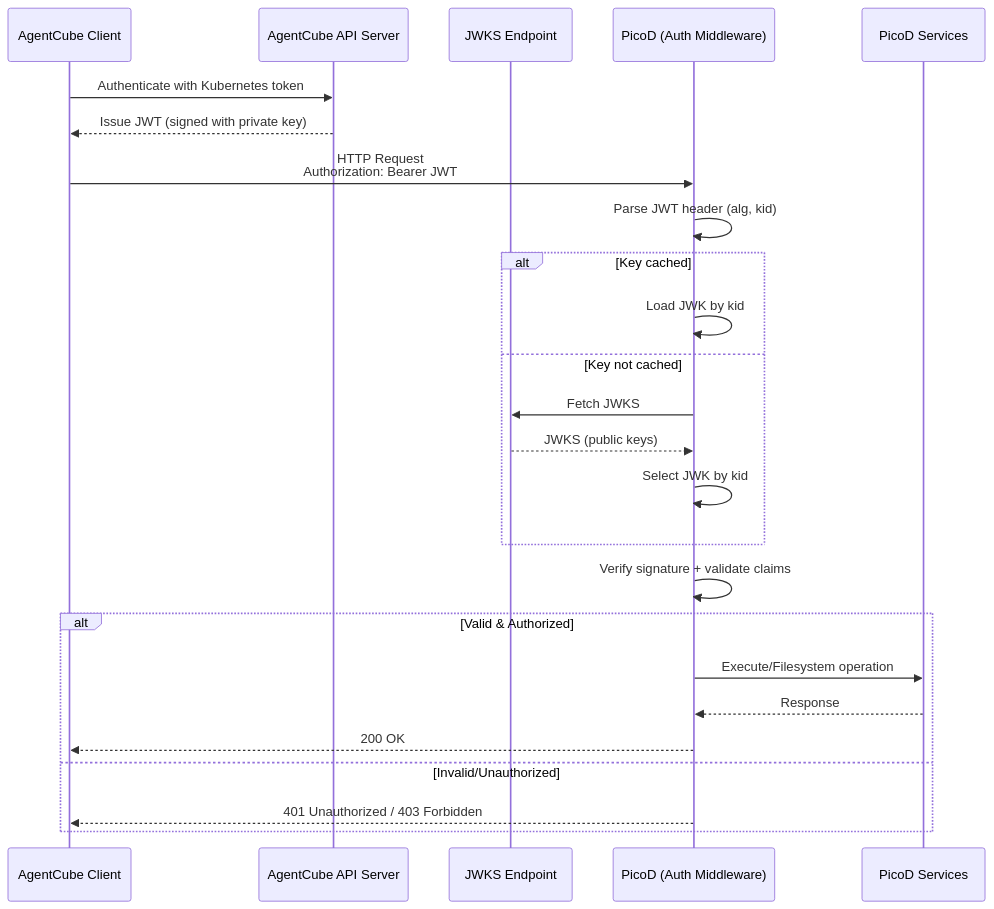
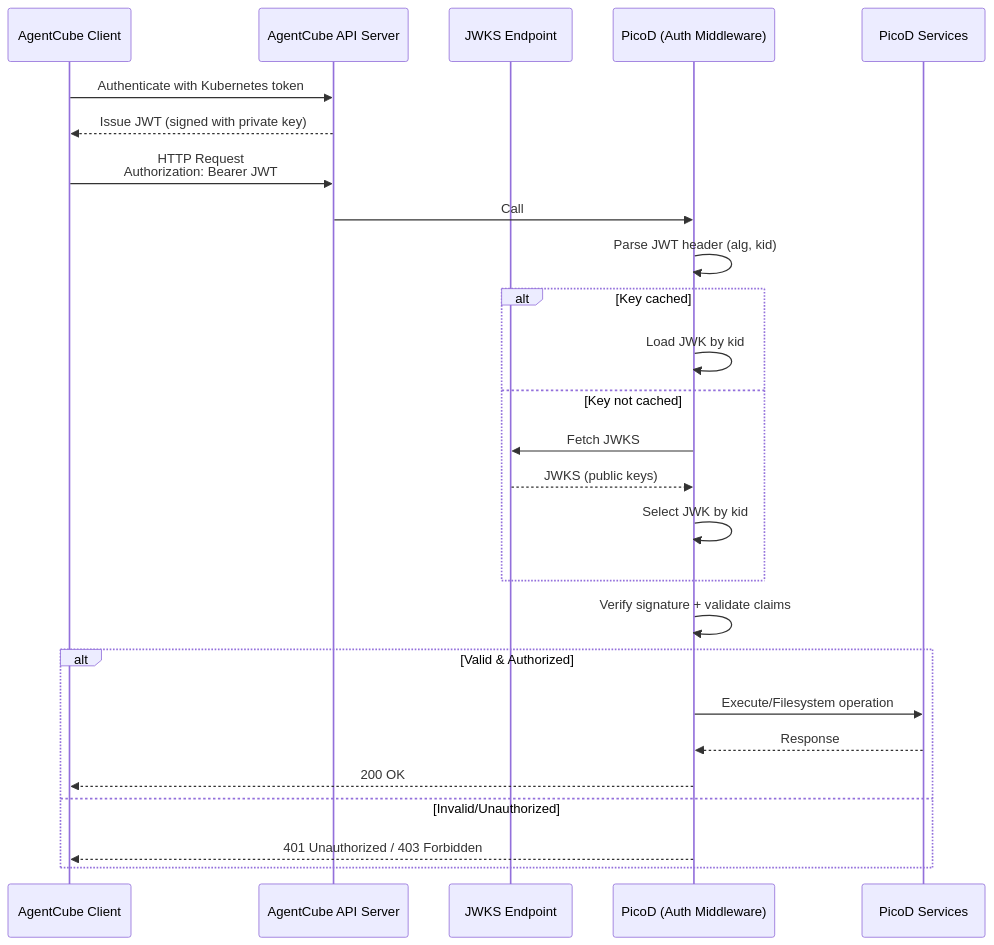
The second of 4 diagrams in docs/design/PicoD-Design.md (VanderChen/agentcube), drawn with Mermaid before and after one commit.

Commit message:
Update sequence diagram.

````diff
--- a/docs/design/PicoD-Design.md
+++ b/docs/design/PicoD-Design.md
@@ -230,29 +230,30 @@
 ```mermaid
 sequenceDiagram
 participant Client as AgentCube Client
 participant APIServer as AgentCube API Server
 participant JWKS as JWKS Endpoint
 participant PicoD as PicoD (Auth Middleware)
 participant Service as PicoD Services
 
 Client->>APIServer: Authenticate with Kubernetes token
 APIServer-->>Client: Issue JWT (signed with private key)
-Client->>PicoD: HTTP Request<br/>Authorization: Bearer JWT
+Client->>APIServer: HTTP Request<br/>Authorization: Bearer JWT
+APIServer->>PicoD: Call
 PicoD->>PicoD: Parse JWT header (alg, kid)
 alt Key cached
 PicoD->>PicoD: Load JWK by kid
 else Key not cached
 PicoD->>JWKS: Fetch JWKS
 JWKS-->>PicoD: JWKS (public keys)
 PicoD->>PicoD: Select JWK by kid
 end
 PicoD->>PicoD: Verify signature + validate claims
 alt Valid & Authorized
 PicoD->>Service: Execute/Filesystem operation
 Service-->>PicoD: Response
 PicoD-->>Client: 200 OK
 else Invalid/Unauthorized
 PicoD-->>Client: 401 Unauthorized / 403 Forbidden
 end
 
 ```
````
